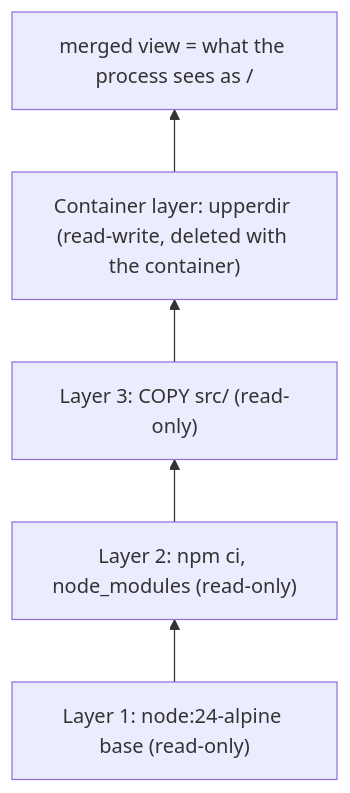
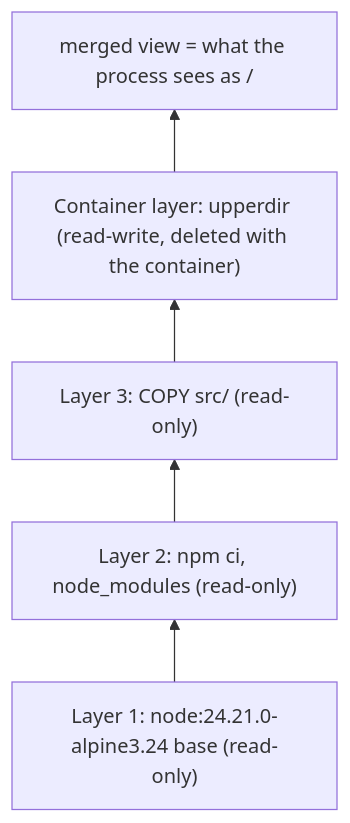
The third of 5 diagrams in docs/containers-deep-dive.md (Ahmet-Kaplan/DevOps_course), drawn with Mermaid before and after one commit. The commit also changed other lines of this file and 8 other files, not shown here.

````diff
--- a/docs/containers-deep-dive.md
+++ b/docs/containers-deep-dive.md
@@ -908,7 +908,7 @@
 ```mermaid
 flowchart BT
-    L1["Layer 1: node:24-alpine base (read-only)"] --> L2["Layer 2: npm ci, node_modules (read-only)"]
+    L1["Layer 1: node:24.21.0-alpine3.24 base (read-only)"] --> L2["Layer 2: npm ci, node_modules (read-only)"]
     L2 --> L3["Layer 3: COPY src/ (read-only)"]
     L3 --> UP["Container layer: upperdir (read-write, deleted with the container)"]
     UP --> M["merged view = what the process sees as /"]
 ```
````
